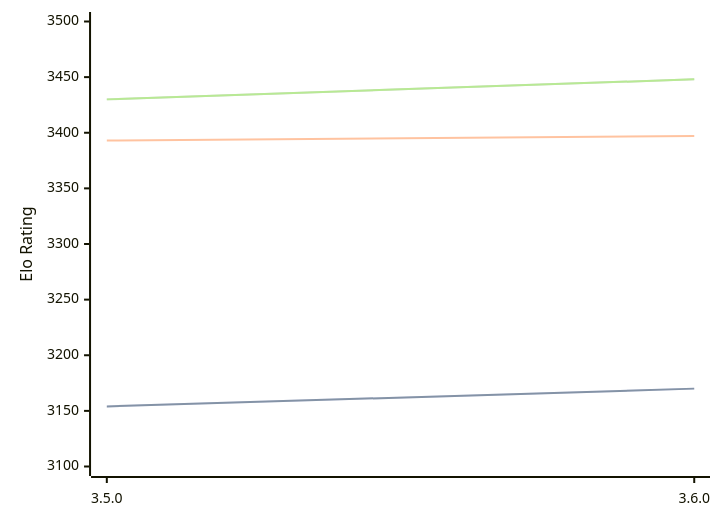
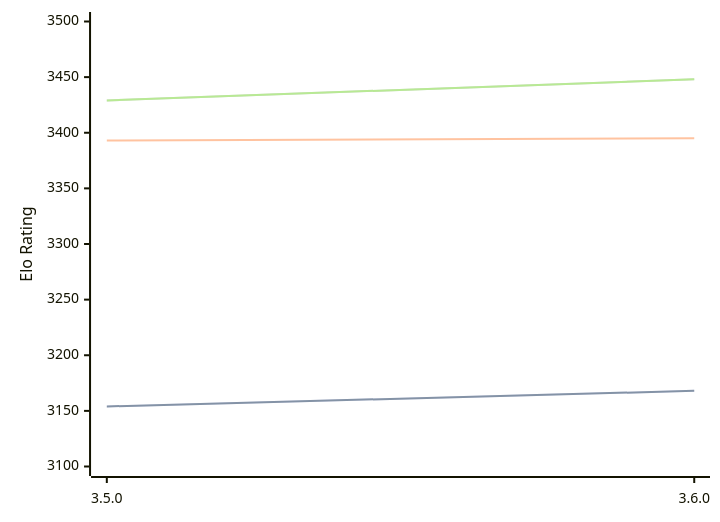
One commit to computer-chess-index/cci changed the diagram in engines/Igel.md. Above: the diagram before and after it, drawn with Mermaid. The commit also changed other lines of this file, not shown here.

Commit message:
Update CCI Ratings (ELO VLTC) - 2026-07-27

````diff
--- a/engines/Igel.md
+++ b/engines/Igel.md
@@ -68,11 +68,11 @@
 ```mermaid
 %%{init: {"theme":"base","themeVariables":{"seriesColors:['#a3a3a3','#222221','#faa371']}}}%%
 xychart-beta
   x-axis ["3.5.0", "3.6.0"]
   y-axis "Elo Rating" 3100 --> 3500
-  line "STC (8.0+0.08s)" [3154, 3170]
-  line "STC (8.0+0.08s)" [3154, 3170]
-  line "LTC (60.0+0.60s)" [3393, 3397]
-  line "VLTC (2m24s+1.12s)" [3430, 3448]
-  line "VLTC (2m24s+1.12s)" [3430, 3448]
+  line "STC (8.0+0.08s)" [3154, 3168]
+  line "STC (8.0+0.08s)" [3154, 3168]
+  line "LTC (60.0+0.60s)" [3393, 3395]
+  line "VLTC (2m24s+1.12s)" [3429, 3448]
+  line "VLTC (2m24s+1.12s)" [3429, 3448]
 ```
````
